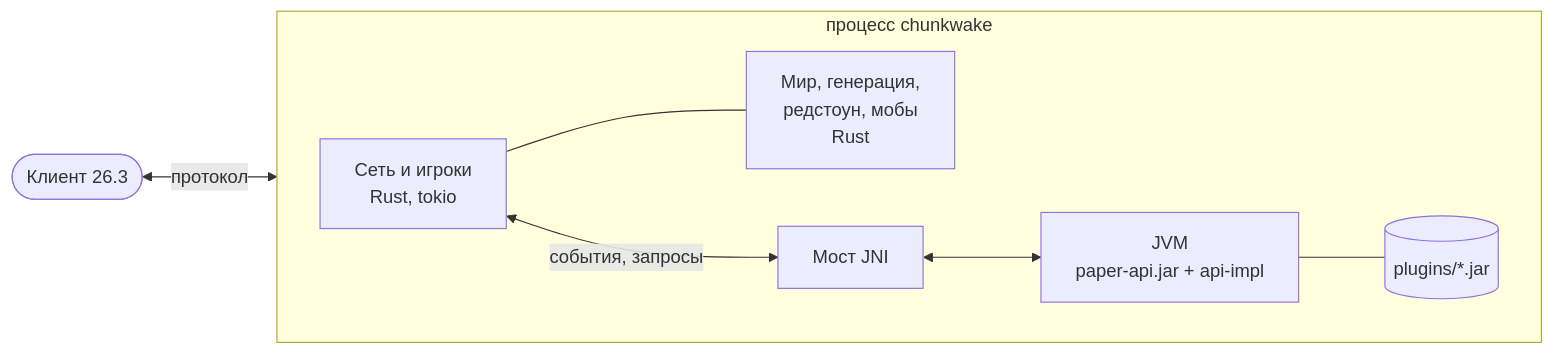
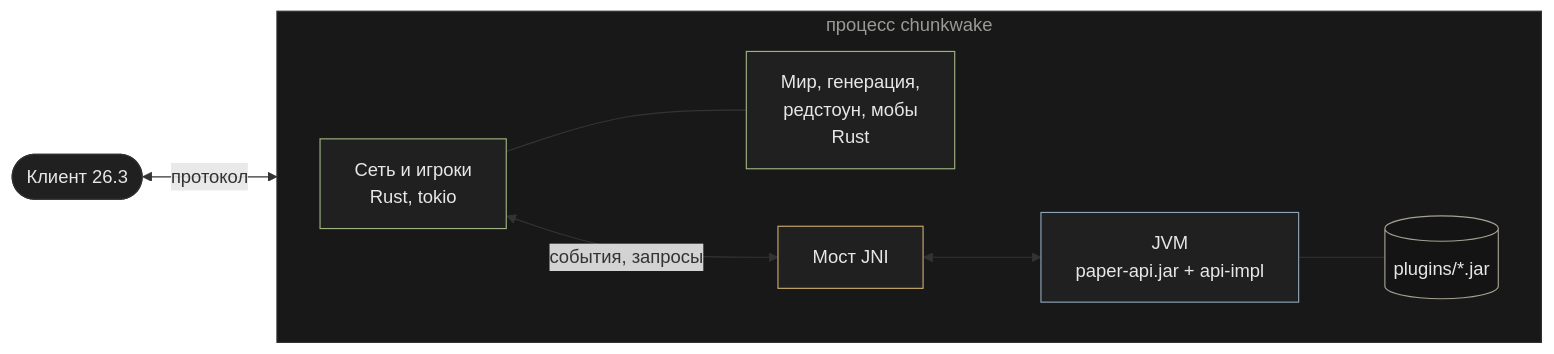
The diagram in README.md (chunkwake/core), drawn with Mermaid before and after one commit. The commit also changed other lines of this file and 2 other files, not shown here.

````diff
--- a/README.md
+++ b/README.md
@@ -167,11 +180,25 @@
 ```mermaid
 flowchart LR
     C([Клиент 26.3]) <-->|протокол| N
     subgraph S [процесс chunkwake]
         direction LR
         N[Сеть и игроки<br/>Rust, tokio] --- W[Мир, генерация,<br/>редстоун, мобы<br/>Rust]
         N <-->|события, запросы| B[Мост JNI]
         B <--> J[JVM<br/>paper-api.jar + api-impl]
         J --- P[(plugins/*.jar)]
     end
+
+    classDef client fill:#202020,stroke:#303030,color:#E7E7E7
+    classDef rust fill:#202020,stroke:#9DB283,color:#E7E7E7
+    classDef bridge fill:#202020,stroke:#C7A96B,color:#E7E7E7
+    classDef jvm fill:#202020,stroke:#8FA3B8,color:#E7E7E7
+    classDef plugins fill:#141414,stroke:#A6A092,color:#E7E7E7
+
+    style S fill:#181818,stroke:#303030,color:#9A9A96
+
+    class C client
+    class N,W rust
+    class B bridge
+    class J jvm
+    class P plugins
 ```
````
